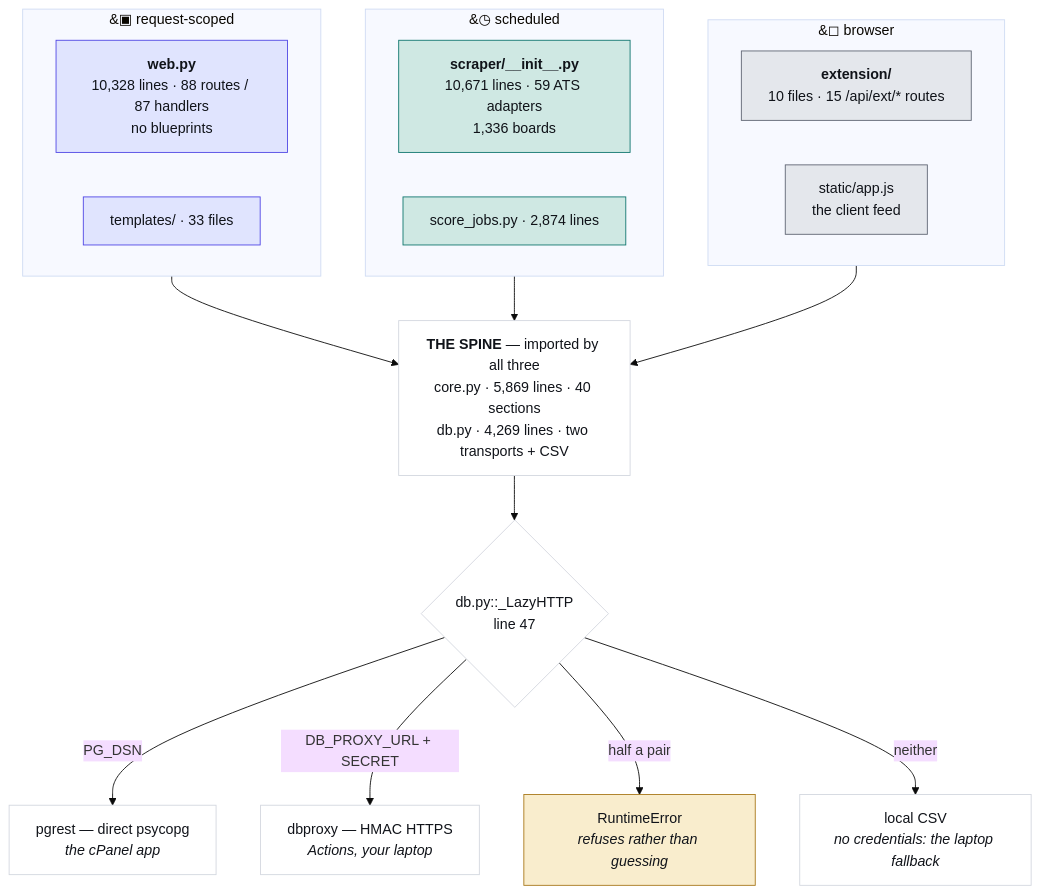
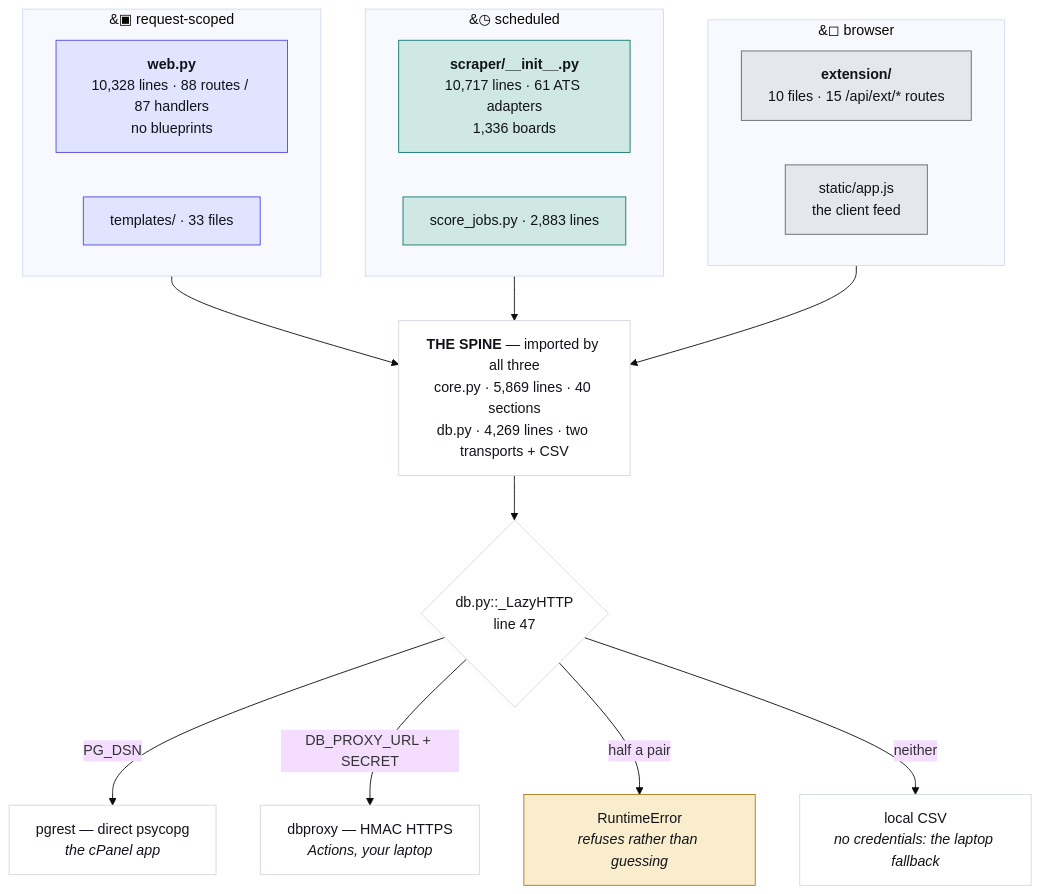
One commit to hadakunal909-debug/job-search-tool changed the first of 4 diagrams in JobMatch Scraper/docs/ARCHITECTURE.md. Above: the diagram before and after it, drawn with Mermaid (base theme). The commit also changed other lines of this file and 16 other files, not shown here.

````diff
--- a/JobMatch Scraper/docs/ARCHITECTURE.md
+++ b/JobMatch Scraper/docs/ARCHITECTURE.md
@@ -48,34 +48,34 @@
 ```mermaid
 flowchart TB
   subgraph REQ["&#9635; request-scoped"]
     W["<b>web.py</b><br/>10,328 lines · 88 routes / 87 handlers<br/>no blueprints"]
     T["templates/ · 33 files"]
   end
   subgraph SCH["&#9719; scheduled"]
-    S["<b>scraper/__init__.py</b><br/>10,671 lines · 59 ATS adapters<br/>1,336 boards"]
-    J["score_jobs.py · 2,874 lines"]
+    S["<b>scraper/__init__.py</b><br/>10,717 lines · 61 ATS adapters<br/>1,336 boards"]
+    J["score_jobs.py · 2,883 lines"]
   end
   subgraph CLI["&#9723; browser"]
     E["<b>extension/</b><br/>10 files · 15 /api/ext/* routes"]
     A["static/app.js<br/>the client feed"]
   end
   SPINE["<b>THE SPINE</b> — imported by all three<br/>core.py · 5,869 lines · 40 sections<br/>db.py · 4,269 lines · two transports + CSV"]
   REQ --> SPINE
   SCH --> SPINE
   CLI --> SPINE
   SPINE --> D{"db.py::_LazyHTTP<br/>line 47"}
   D -->|"PG_DSN"| P["pgrest — direct psycopg<br/><i>the cPanel app</i>"]
   D -->|"DB_PROXY_URL + SECRET"| X["dbproxy — HMAC HTTPS<br/><i>Actions, your laptop</i>"]
   D -->|"half a pair"| R["RuntimeError<br/><i>refuses rather than guessing</i>"]
   D -->|"neither"| V["local CSV<br/><i>no credentials: the laptop fallback</i>"]
   classDef web fill:#e0e4fe,stroke:#4f46e5,color:#101319
   classDef sched fill:#cfe8e3,stroke:#0f766e,color:#101319
   classDef client fill:#e4e7ec,stroke:#5f6573,color:#101319
   classDef trap fill:#f9edcd,stroke:#a8781a,color:#101319
   classDef plain fill:#ffffff,stroke:#d3d7df,color:#101319
   class W,T web
   class S,J sched
   class E,A client
   class R trap
   class SPINE,D,P,X,V plain
 ```
````
